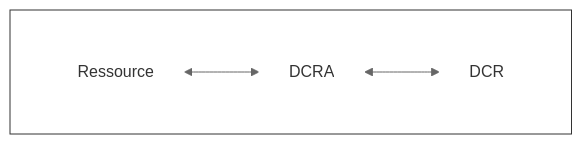
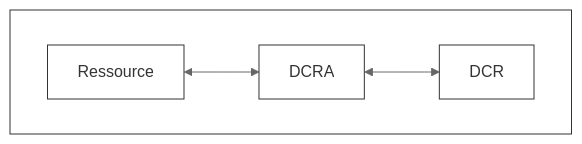
Before and after one commit to elouahidiahmed/soc-doc: the diagram in Sentinel/DCR/01- Règle de collection de données DCR.md, drawn with Mermaid (neutral theme).

Commit message:
v7 graph

````diff
--- a/Sentinel/DCR/01- Règle de collection de données DCR.md
+++ b/Sentinel/DCR/01- Règle de collection de données DCR.md
@@ -35,14 +35,14 @@
 ``` mermaid
 
 flowchart TB
     subgraph DCRAs [DCRAs]
         Ressource <--> DCRA <--> DCR
     end
 
 style DCRAs color:#fff,fill:#fff,stroke:#333,stroke-width:1px
 
-style Ressource color:#333, fill:#fff, stroke:#fff
-style DCRA     color:#333, fill:#fff, stroke:#fff
-style DCR      color:#333, fill:#fff, stroke:#fff
+style Ressource color:#333, fill:#fff, stroke:#333
+style DCRA     color:#333, fill:#fff, stroke:#333
+style DCR      color:#333, fill:#fff, stroke:#333
 
 ```
````
